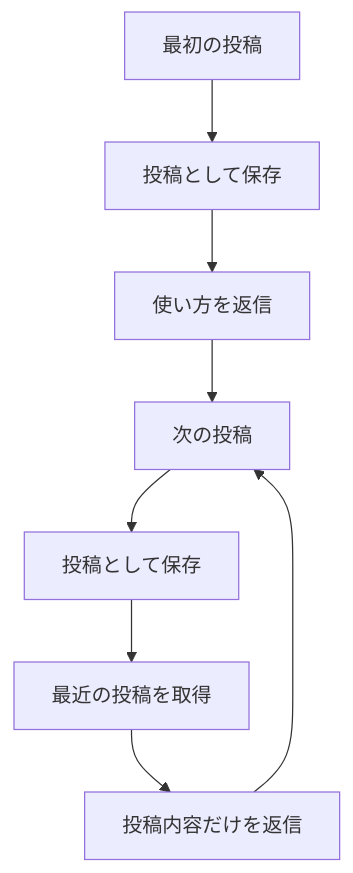
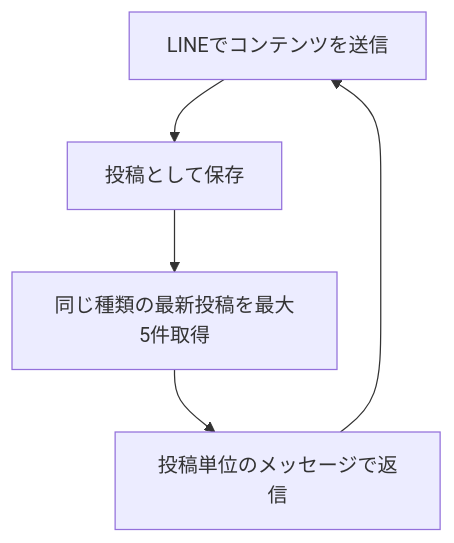
One commit to Unjuno/bot_mini_sns changed the first of 2 diagrams in docs/user-flow.md. Above: the diagram before and after it, drawn with Mermaid. The commit also changed other lines of this file and 5 other files, not shown here.

````diff
--- a/docs/user-flow.md
+++ b/docs/user-flow.md
@@ -9,10 +9,7 @@
 ```mermaid
 flowchart TD
-    A[最初の投稿] --> B[投稿として保存]
-    B --> C[使い方を返信]
-    C --> D[次の投稿]
-    D --> E[投稿として保存]
-    E --> F[最近の投稿を取得]
-    F --> G[投稿内容だけを返信]
-    G --> D
+    A[LINEでコンテンツを送信] --> B[投稿として保存]
+    B --> C[同じ種類の最新投稿を最大5件取得]
+    C --> D[投稿単位のメッセージで返信]
+    D --> A
 ```
````
